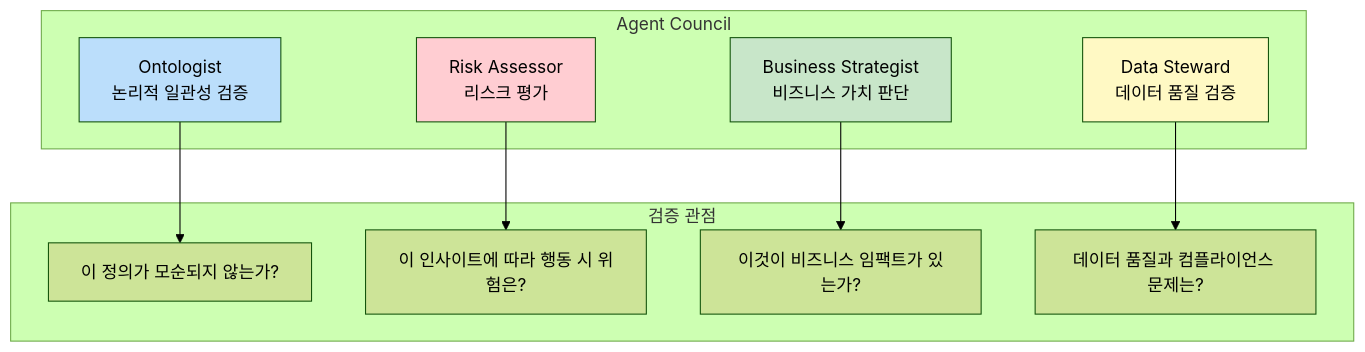
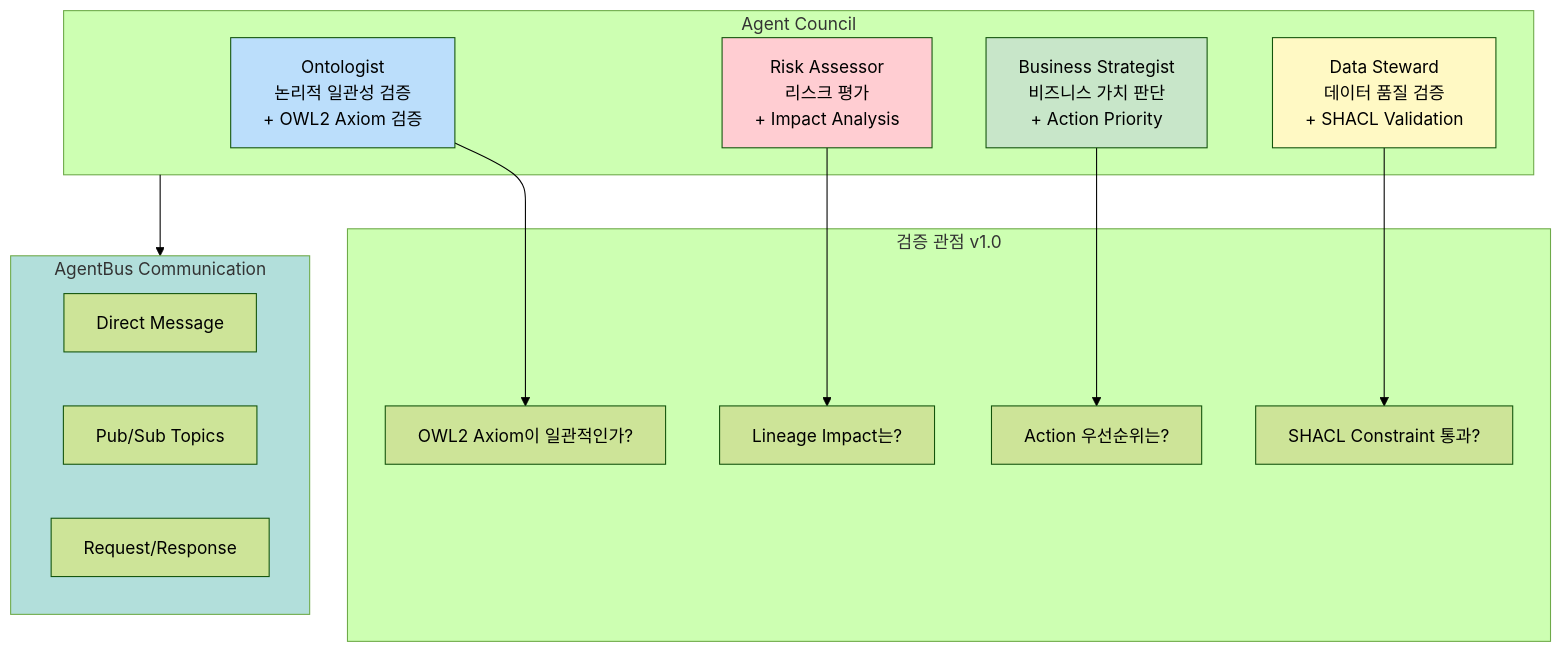
One commit to sabill123/ontology changed the tenth of 11 diagrams in docs/diagrams/04-consensus-engine.md. Above: the diagram before and after it, drawn with Mermaid (forest theme). The commit also changed other lines of this file and 176 other files, not shown here.

````diff
--- a/docs/diagrams/04-consensus-engine.md
+++ b/docs/diagrams/04-consensus-engine.md
@@ -386,26 +479,35 @@
 ```mermaid
 graph TB
     subgraph COUNCIL["Agent Council"]
-        A1["Ontologist<br/>논리적 일관성 검증"]
-        A2["Risk Assessor<br/>리스크 평가"]
-        A3["Business Strategist<br/>비즈니스 가치 판단"]
-        A4["Data Steward<br/>데이터 품질 검증"]
+        A1["Ontologist<br/>논리적 일관성 검증<br/>+ OWL2 Axiom 검증"]
+        A2["Risk Assessor<br/>리스크 평가<br/>+ Impact Analysis"]
+        A3["Business Strategist<br/>비즈니스 가치 판단<br/>+ Action Priority"]
+        A4["Data Steward<br/>데이터 품질 검증<br/>+ SHACL Validation"]
     end
 
-    subgraph QUESTIONS["검증 관점"]
-        Q1["이 정의가 모순되지 않는가?"]
-        Q2["이 인사이트에 따라 행동 시 위험은?"]
-        Q3["이것이 비즈니스 임팩트가 있는가?"]
-        Q4["데이터 품질과 컴플라이언스 문제는?"]
+    subgraph QUESTIONS["검증 관점 v1.0"]
+        Q1["OWL2 Axiom이 일관적인가?"]
+        Q2["Lineage Impact는?"]
+        Q3["Action 우선순위는?"]
+        Q4["SHACL Constraint 통과?"]
+    end
+
+    subgraph BUS["AgentBus Communication"]
+        B1["Direct Message"]
+        B2["Pub/Sub Topics"]
+        B3["Request/Response"]
     end
 
     A1 --> Q1
     A2 --> Q2
     A3 --> Q3
     A4 --> Q4
 
+    COUNCIL --> BUS
+
     style A1 fill:#bbdefb
     style A2 fill:#ffcdd2
     style A3 fill:#c8e6c9
     style A4 fill:#fff9c4
+    style BUS fill:#b2dfdb
 ```
````
